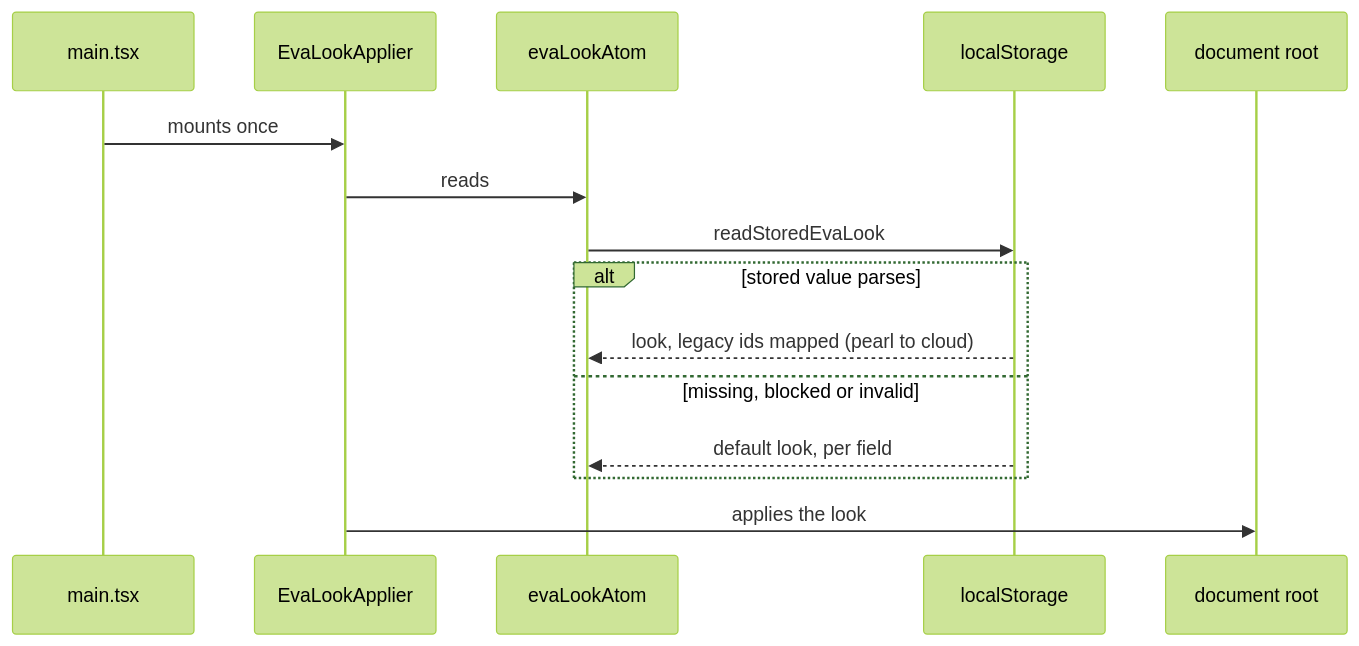
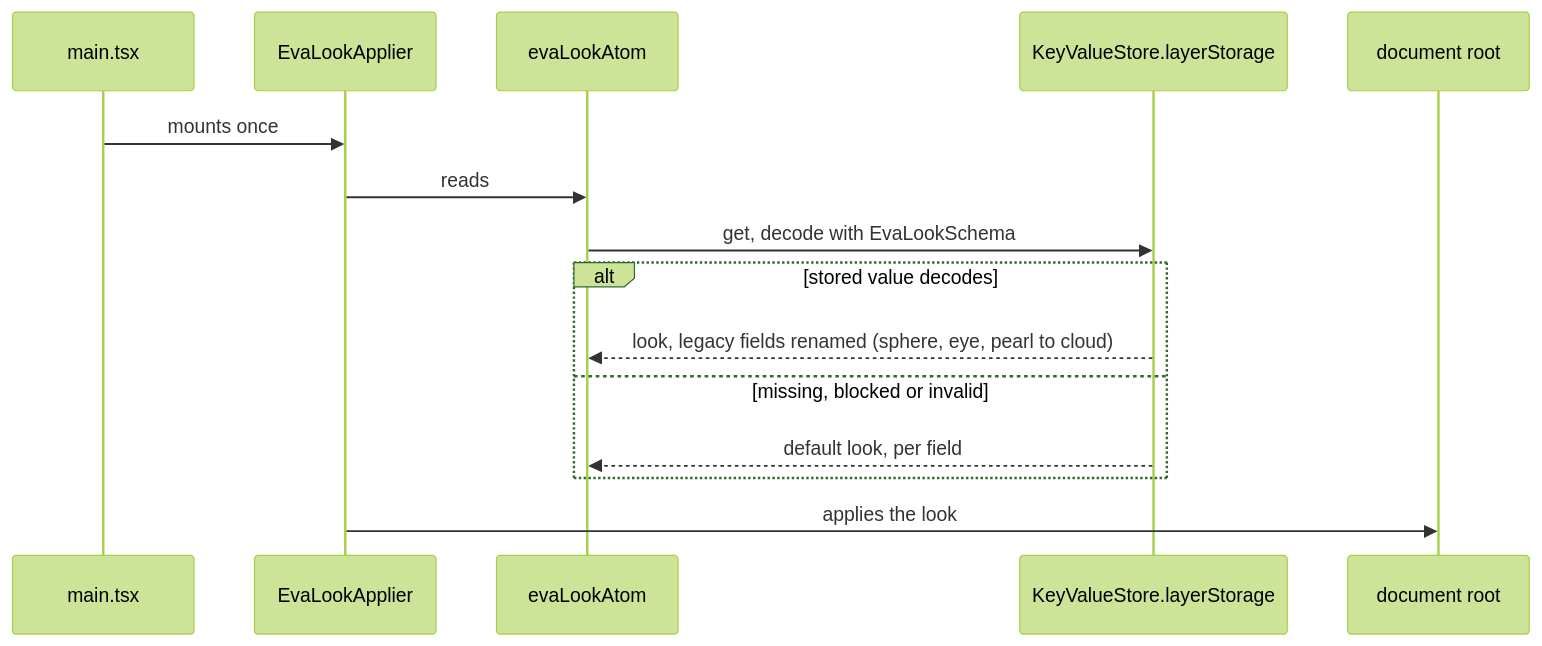
One commit to oleksii-latyshev/english-trainer changed the second of 2 diagrams in src/core/eva-look/flow.md. Above: the diagram before and after it, drawn with Mermaid (forest theme). The commit also changed other lines of this file and 10 other files, not shown here.

Commit message:
refactor(ui): keep the Eva look in Atom.kvs with a Schema

````diff
--- a/src/core/eva-look/flow.md
+++ b/src/core/eva-look/flow.md
@@ -28,18 +28,18 @@
 ```mermaid
 sequenceDiagram
     participant Main as main.tsx
     participant Applier as EvaLookApplier
     participant Look as evaLookAtom
-    participant Storage as localStorage
+    participant Store as KeyValueStore.layerStorage
     participant Root as document root
 
     Main->>Applier: mounts once
     Applier->>Look: reads
-    Look->>Storage: readStoredEvaLook
-    alt stored value parses
-        Storage-->>Look: look, legacy ids mapped (pearl to cloud)
+    Look->>Store: get, decode with EvaLookSchema
+    alt stored value decodes
+        Store-->>Look: look, legacy fields renamed (sphere, eye, pearl to cloud)
     else missing, blocked or invalid
-        Storage-->>Look: default look, per field
+        Store-->>Look: default look, per field
     end
     Applier->>Root: applies the look
 ```
````
